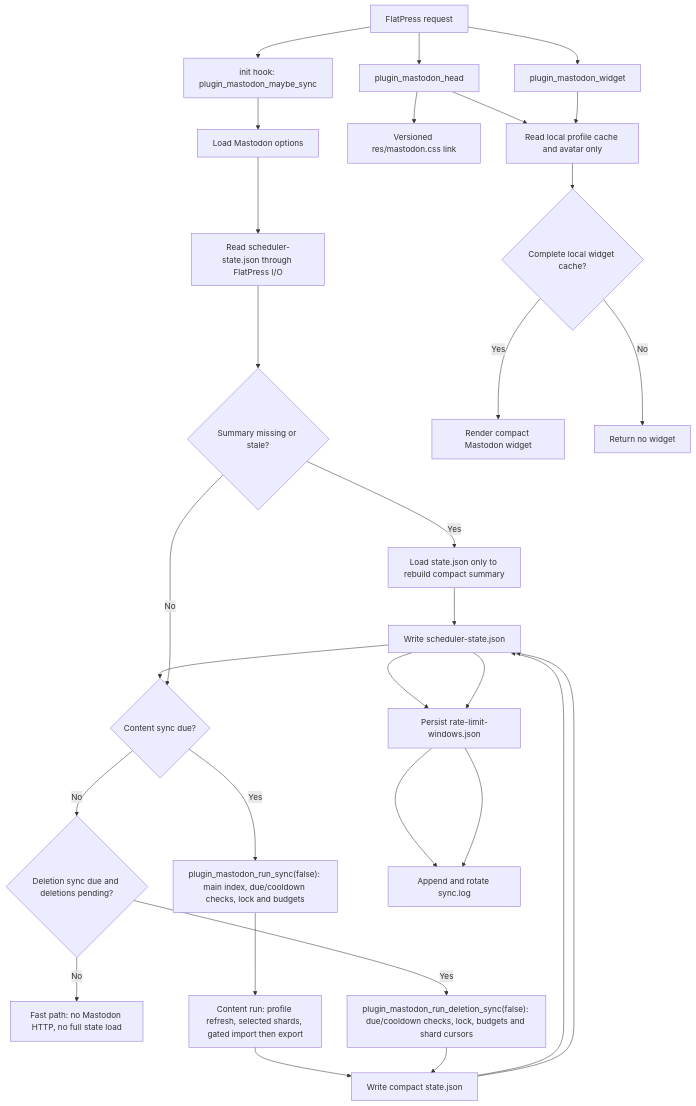
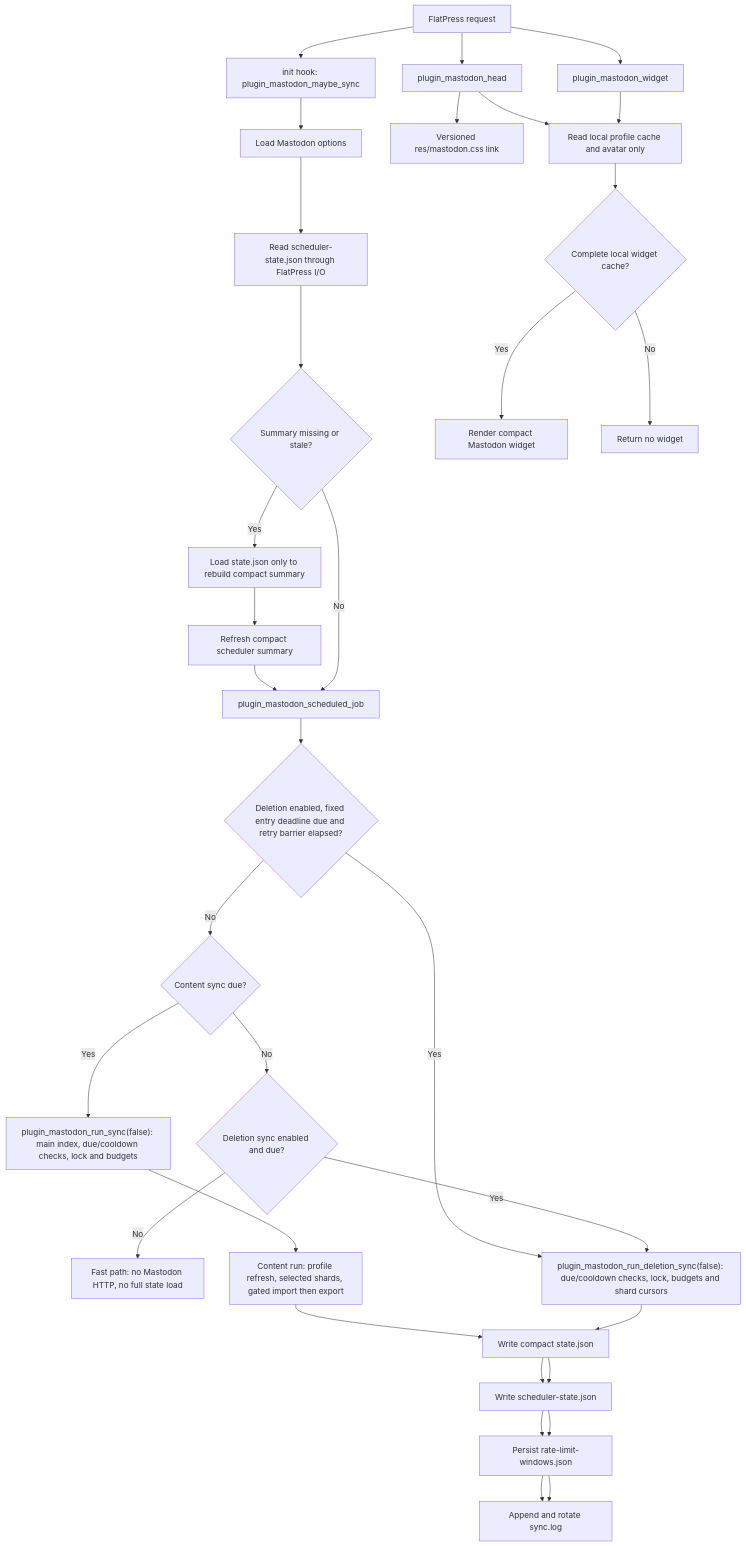
One commit to flatpressblog/flatpress changed the second of 49 diagrams in fp-plugins/mastodon/developer-docs/06-Process-Flow.md. Above: the diagram before and after it, drawn with Mermaid. The commit also changed other lines of this file, not shown here.

````diff
--- a/fp-plugins/mastodon/developer-docs/06-Process-Flow.md
+++ b/fp-plugins/mastodon/developer-docs/06-Process-Flow.md
@@ -54,41 +54,47 @@
 ```mermaid
 flowchart TD
 	Request["FlatPress request"]
 	Init["init hook: plugin_mastodon_maybe_sync"]
 	Options["Load Mastodon options"]
 	SchedulerRead["Read scheduler-state.json through FlatPress I/O"]
 	SchedulerStale{"Summary missing or stale?"}
 	FullStateForSummary["Load state.json only to rebuild compact summary"]
+	SchedulerRebuild["Refresh compact scheduler summary"]
+	SelectJob["plugin_mastodon_scheduled_job"]
+	FixedDeleteDue{"Deletion enabled, fixed entry deadline due and retry barrier elapsed?"}
 	Due{"Content sync due?"}
-	DeleteDue{"Deletion sync due and deletions pending?"}
+	DeleteDue{"Deletion sync enabled and due?"}
 	NoWork["Fast path: no Mastodon HTTP, no full state load"]
 	HeadCss["plugin_mastodon_head"]
 	CssAsset["Versioned res/mastodon.css link"]
 	Widget["plugin_mastodon_widget"]
 	ProfileCache["Read local profile cache and avatar only"]
 	WidgetComplete{"Complete local widget cache?"}
 	RenderWidget["Render compact Mastodon widget"]
 	HideWidget["Return no widget"]
 	ContentSync["plugin_mastodon_run_sync(false): main index, due/cooldown checks, lock and budgets"]
 	ProfileRefresh["Content run: profile refresh, selected shards, gated import then export"]
 	DeletionSync["plugin_mastodon_run_deletion_sync(false): due/cooldown checks, lock, budgets and shard cursors"]
 	StateWrite["Write compact state.json"]
 	SchedulerWrite["Write scheduler-state.json"]
 	RateWindow["Persist rate-limit-windows.json"]
 	Log["Append and rotate sync.log"]
 
 	Request --> Init --> Options --> SchedulerRead --> SchedulerStale
 	Request --> HeadCss --> ProfileCache
 	HeadCss --> CssAsset
 	Request --> Widget --> ProfileCache --> WidgetComplete
 	WidgetComplete -- "Yes" --> RenderWidget
 	WidgetComplete -- "No" --> HideWidget
-	SchedulerStale -- "Yes" --> FullStateForSummary --> SchedulerWrite --> Due
-	SchedulerStale -- "No" --> Due
+	SchedulerStale -- "Yes" --> FullStateForSummary --> SchedulerRebuild --> SelectJob
+	SchedulerStale -- "No" --> SelectJob
+	SelectJob --> FixedDeleteDue
+	FixedDeleteDue -- "Yes" --> DeletionSync
+	FixedDeleteDue -- "No" --> Due
 	Due -- "No" --> DeleteDue
 	DeleteDue -- "No" --> NoWork
 	Due -- "Yes" --> ContentSync --> ProfileRefresh
 	DeleteDue -- "Yes" --> DeletionSync
 	ProfileRefresh --> StateWrite --> SchedulerWrite --> RateWindow --> Log
 	DeletionSync --> StateWrite --> SchedulerWrite --> RateWindow --> Log
 ```
````
